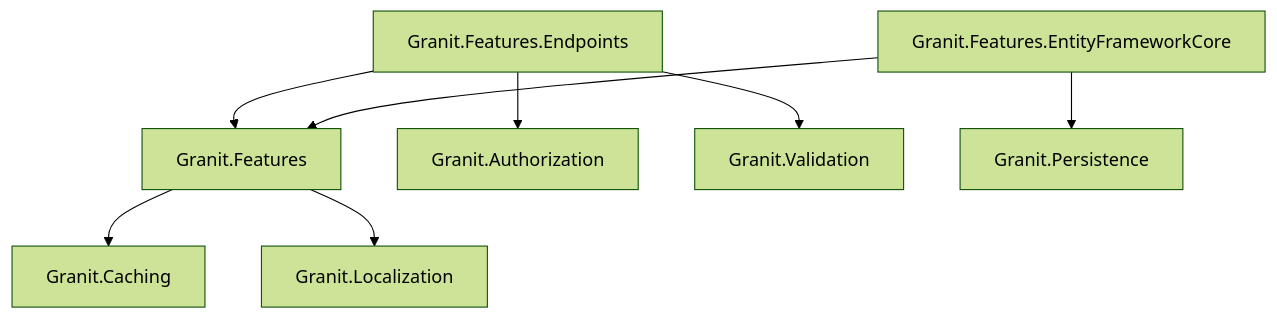
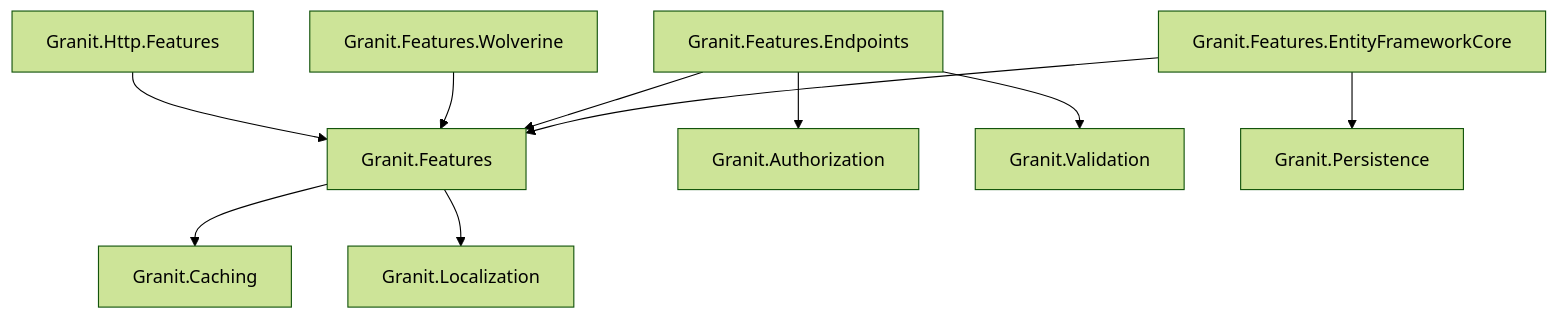
The diagram in src/content/docs/dotnet/infrastructure/feature-flags.mdx (granit-fx/granit-docs), drawn with Mermaid (forest theme) before and after one commit. The commit also changed other lines of this file and 8 other files, not shown here.

````diff
--- a/src/content/docs/dotnet/infrastructure/feature-flags.mdx
+++ b/src/content/docs/dotnet/infrastructure/feature-flags.mdx
@@ -33,10 +54,12 @@
 ```mermaid
 graph TD
     F[Granit.Features] --> CA[Granit.Caching]
     F --> L[Granit.Localization]
+    HF[Granit.Http.Features] --> F
+    FW[Granit.Features.Wolverine] --> F
     FEP[Granit.Features.Endpoints] --> F
     FEP --> A[Granit.Authorization]
     FEP --> V[Granit.Validation]
     FEF[Granit.Features.EntityFrameworkCore] --> F
     FEF --> P[Granit.Persistence]
 ```
````
